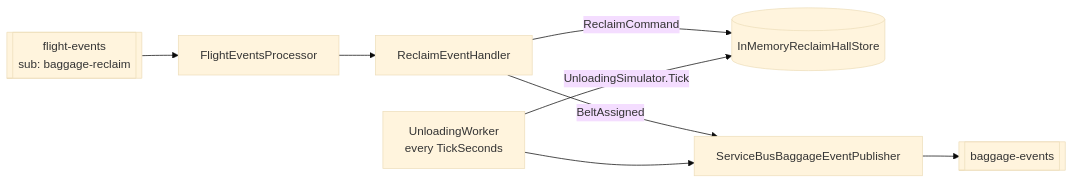
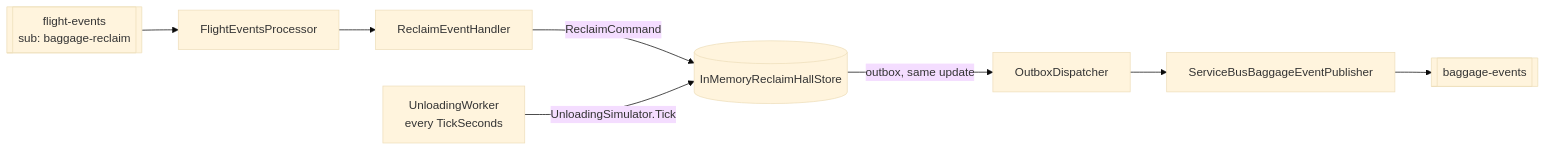
Before and after one commit to aeroflow-air/svc-baggage-reclaim: the diagram in docs/service.md, drawn with Mermaid (base theme). The commit also changed other lines of this file and 13 other files, not shown here.

First line of the commit message:
Reliable baggage event publishing: outbox and deterministic ids

````diff
--- a/docs/service.md
+++ b/docs/service.md
@@ -35,8 +35,7 @@
 ```mermaid
 flowchart LR
   FE[[flight-events<br/>sub: baggage-reclaim]] --> P[FlightEventsProcessor] --> H[ReclaimEventHandler]
   H -->|ReclaimCommand| S[(InMemoryReclaimHallStore)]
-  H -->|BeltAssigned| Pub[ServiceBusBaggageEventPublisher]
   W[UnloadingWorker<br/>every TickSeconds] -->|UnloadingSimulator.Tick| S
-  W --> Pub --> BE[[baggage-events]]
+  S -->|outbox, same update| O[OutboxDispatcher] --> Pub[ServiceBusBaggageEventPublisher] --> BE[[baggage-events]]
 ```
````
